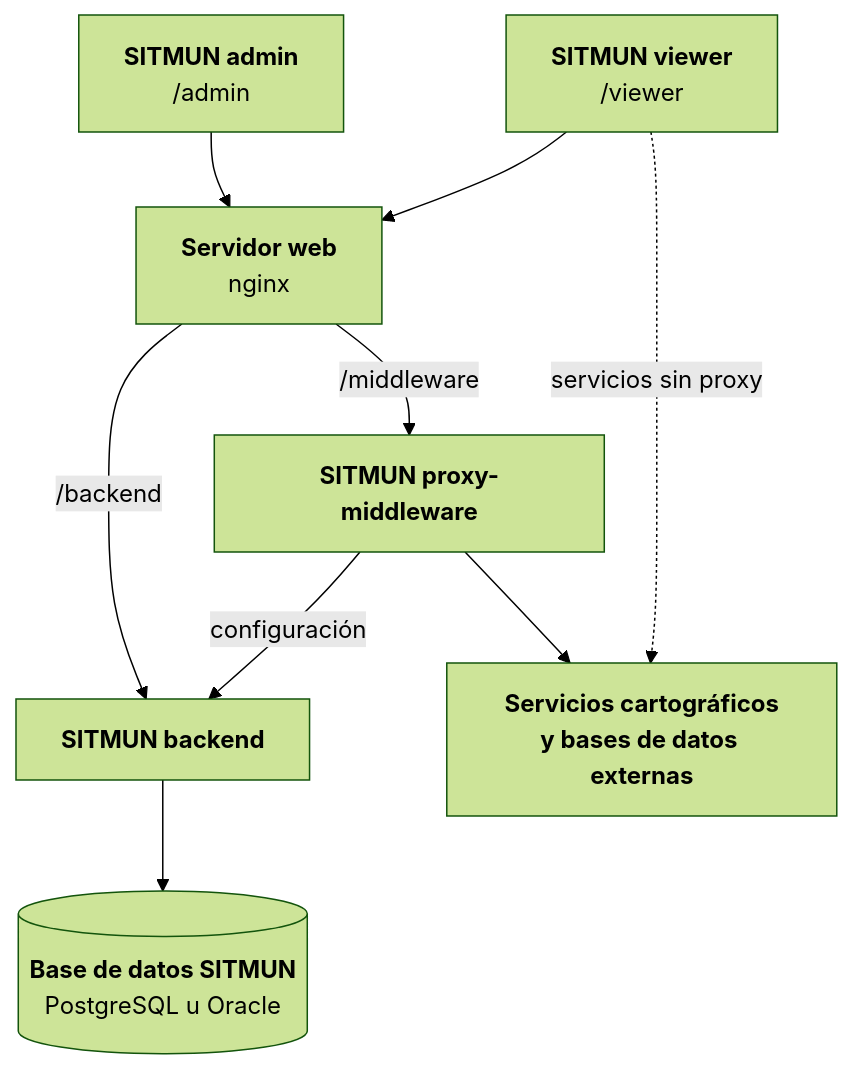
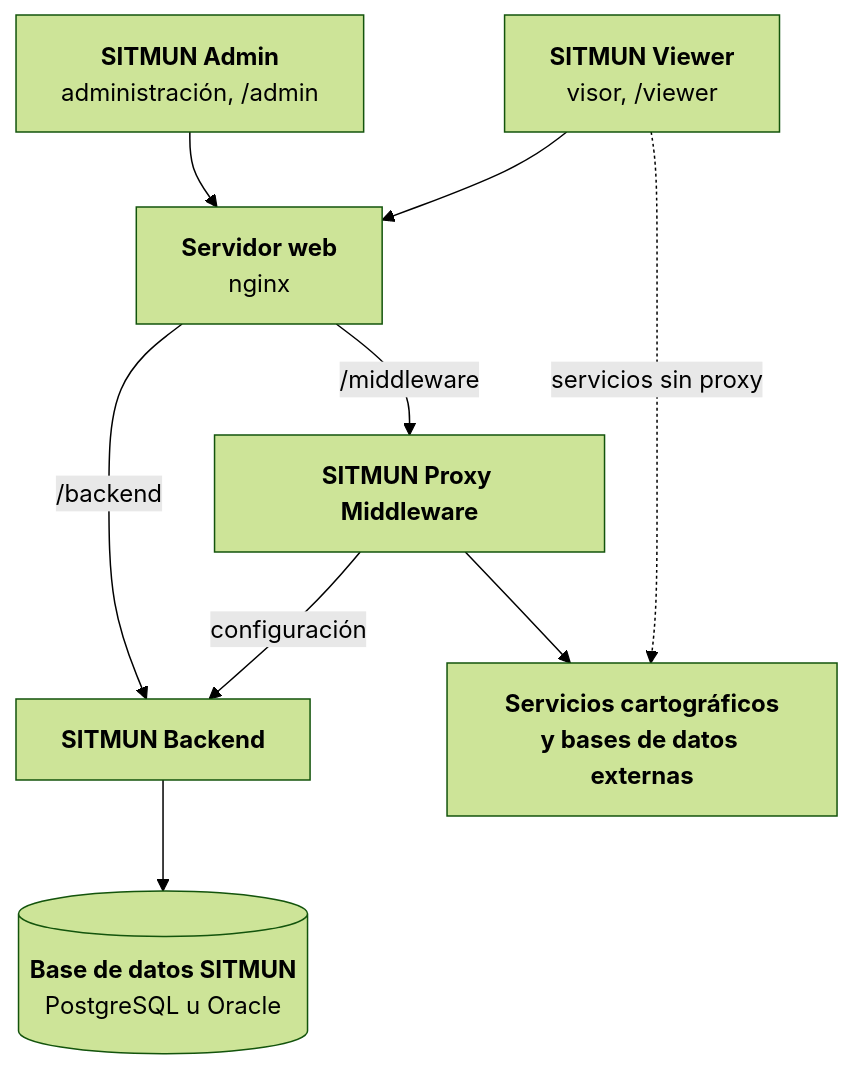
The diagram in docs/usuario/manual/administrador/index.md (sitmun/sitmun.github.io), drawn with Mermaid (forest theme) before and after one commit. The commit also changed other lines of this file and 36 other files, not shown here.

````diff
--- a/docs/usuario/manual/administrador/index.md
+++ b/docs/usuario/manual/administrador/index.md
@@ -25,19 +25,19 @@
 ```mermaid
 flowchart TB
-    admin["<b>SITMUN admin</b><br>/admin"]
-    viewer["<b>SITMUN viewer</b><br>/viewer"]
+    admin["<b>SITMUN Admin</b><br>administración, /admin"]
+    viewer["<b>SITMUN Viewer</b><br>visor, /viewer"]
     front["<b>Servidor web</b><br>nginx"]
-    backend["<b>SITMUN backend</b>"]
-    proxy["<b>SITMUN proxy-middleware</b>"]
+    backend["<b>SITMUN Backend</b>"]
+    proxy["<b>SITMUN Proxy Middleware</b>"]
     db[("<b>Base de datos SITMUN</b><br>PostgreSQL u Oracle")]
     ext["<b>Servicios cartográficos<br>y bases de datos externas</b>"]
 
     admin --> front
     viewer --> front
     front -- "/backend" --> backend
     front -- "/middleware" --> proxy
     proxy -- "configuración" --> backend
     backend --> db
     proxy --> ext
     viewer -. "servicios sin proxy" .-> ext
 ```
````
